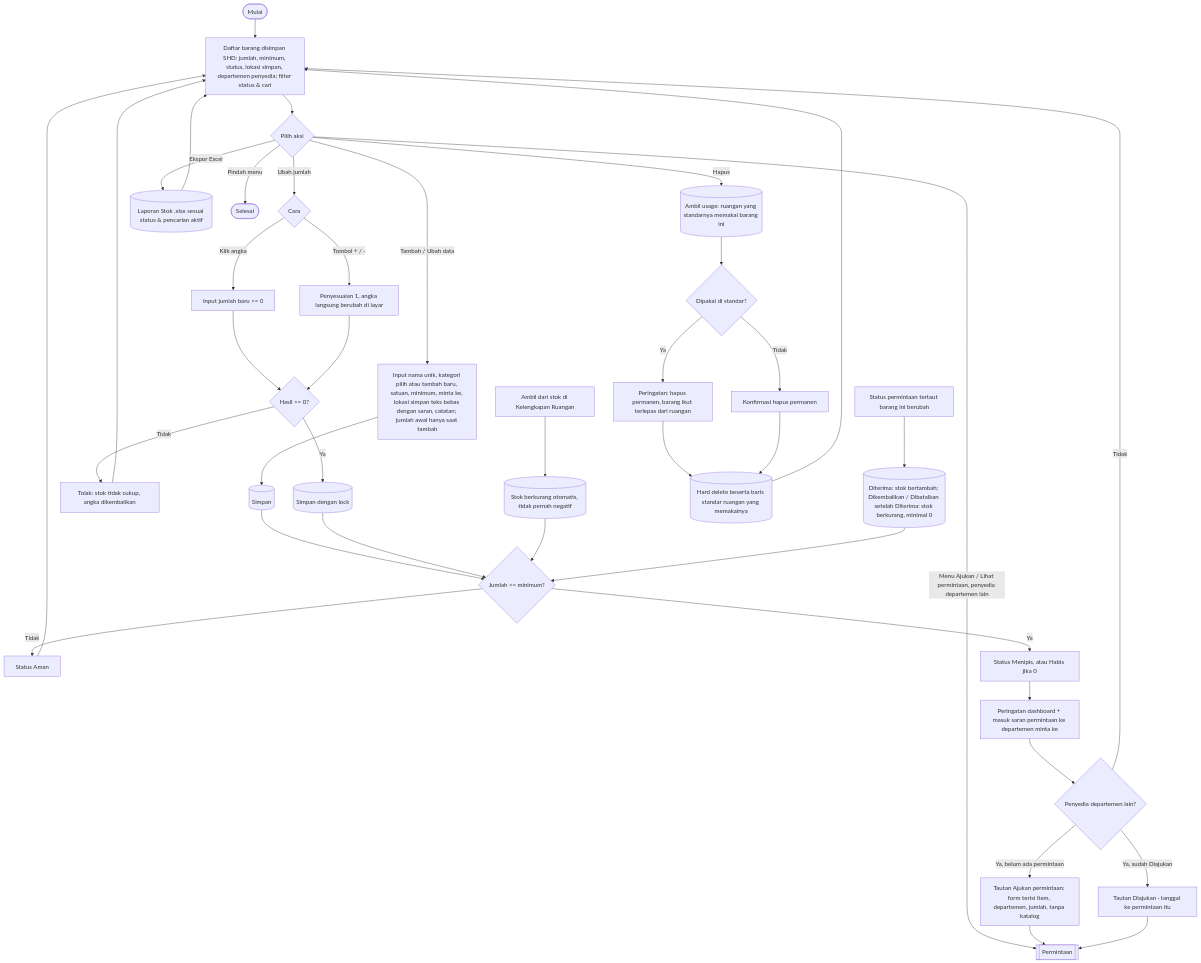
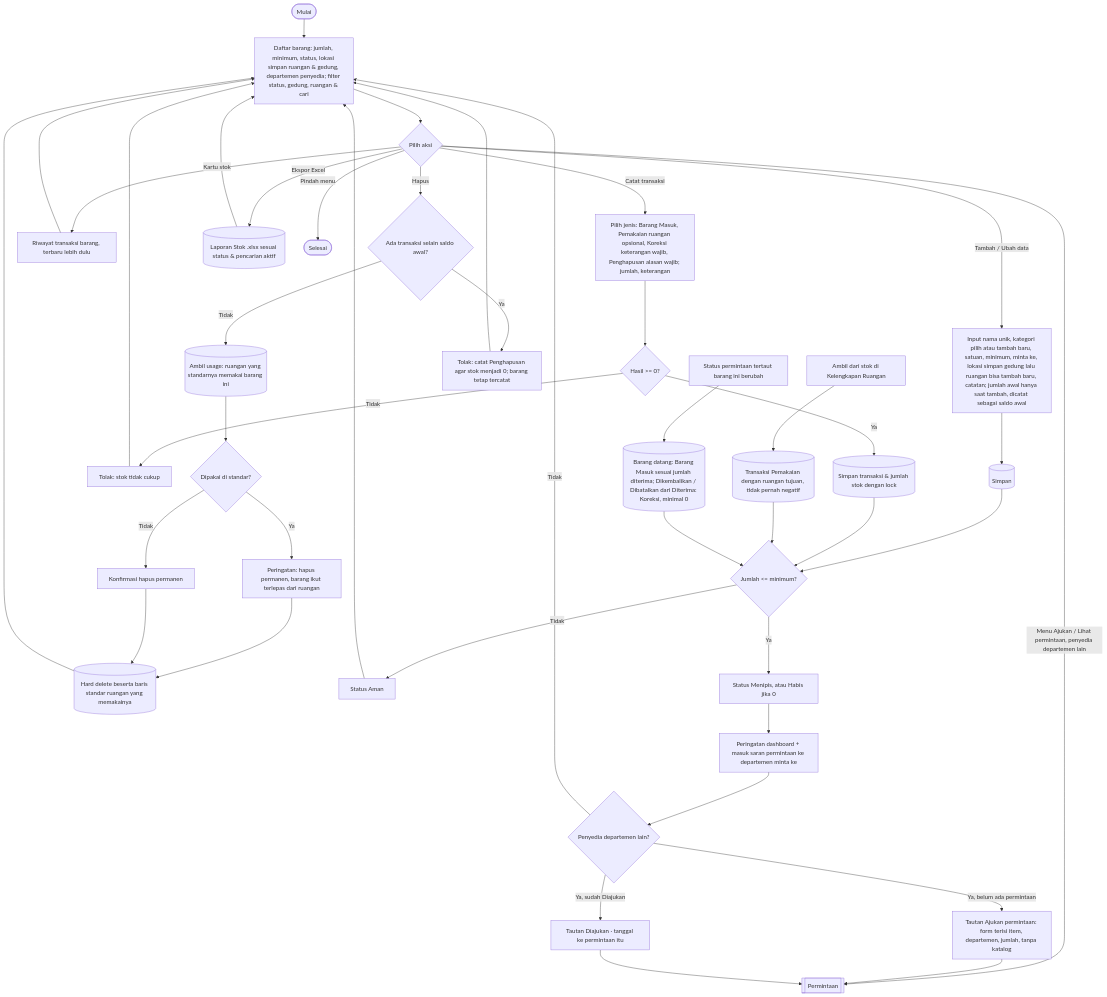
One commit to mrizqihidayat/system-tracking-asset changed the eighth of 9 diagrams in docs/flowchart.md. Above: the diagram before and after it, drawn with Mermaid. The commit also changed other lines of this file and 58 other files, not shown here.

First line of the commit message:
T26v: stok berbasis transaksi, kartu stok, diterima sebagian

````diff
--- a/docs/flowchart.md
+++ b/docs/flowchart.md
@@ -287,35 +290,37 @@
 ```mermaid
 flowchart TD
-    A([Mulai]) --> B[Daftar barang disimpan SHD: jumlah, minimum, status, lokasi simpan, departemen penyedia; filter status & cari]
+    A([Mulai]) --> B[Daftar barang: jumlah, minimum, status, lokasi simpan ruangan & gedung, departemen penyedia; filter status, gedung, ruangan & cari]
     B --> C{Pilih aksi}
 
-    C -- Tambah / Ubah data --> T1[Input nama unik, kategori pilih atau tambah baru, satuan, minimum, minta ke, lokasi simpan teks bebas dengan saran, catatan; jumlah awal hanya saat tambah] --> T2[(Simpan)] --> CEK
+    C -- Tambah / Ubah data --> T1[Input nama unik, kategori pilih atau tambah baru, satuan, minimum, minta ke, lokasi simpan gedung lalu ruangan bisa tambah baru, catatan; jumlah awal hanya saat tambah, dicatat sebagai saldo awal] --> T2[(Simpan)] --> CEK
 
-    C -- Ubah jumlah --> J0{Cara}
-    J0 -- Klik angka --> J1[Input jumlah baru >= 0]
-    J0 -- Tombol + / - --> J2[Penyesuaian 1, angka langsung berubah di layar]
-    J1 & J2 --> J3{Hasil >= 0?}
-    J3 -- Tidak --> J4[Tolak: stok tidak cukup, angka dikembalikan] --> B
-    J3 -- Ya --> J5[(Simpan dengan lock)] --> CEK
+    C -- Catat transaksi --> J0[Pilih jenis: Barang Masuk, Pemakaian ruangan opsional, Koreksi keterangan wajib, Penghapusan alasan wajib; jumlah, keterangan]
+    J0 --> J3{Hasil >= 0?}
+    J3 -- Tidak --> J4[Tolak: stok tidak cukup] --> B
+    J3 -- Ya --> J5[(Simpan transaksi & jumlah stok dengan lock)] --> CEK
 
-    R0[Ambil dari stok di Kelengkapan Ruangan] --> R1[(Stok berkurang otomatis, tidak pernah negatif)] --> CEK
-    R2[Status permintaan tertaut barang ini berubah] --> R3[(Diterima: stok bertambah; Dikembalikan / Dibatalkan setelah Diterima: stok berkurang, minimal 0)] --> CEK
+    C -- Kartu stok --> KS[Riwayat transaksi barang, terbaru lebih dulu] --> B
 
-    C -- Hapus --> H0[(Ambil usage: ruangan yang standarnya memakai barang ini)]
+    R0[Ambil dari stok di Kelengkapan Ruangan] --> R1[(Transaksi Pemakaian dengan ruangan tujuan, tidak pernah negatif)] --> CEK
+    R2[Status permintaan tertaut barang ini berubah] --> R3[(Barang datang: Barang Masuk sesuai jumlah diterima; Dikembalikan / Dibatalkan dari Diterima: Koreksi, minimal 0)] --> CEK
+
+    C -- Hapus --> H00{Ada transaksi selain saldo awal?}
+    H00 -- Ya --> H01[Tolak: catat Penghapusan agar stok menjadi 0; barang tetap tercatat] --> B
+    H00 -- Tidak --> H0[(Ambil usage: ruangan yang standarnya memakai barang ini)]
     H0 --> H1{Dipakai di standar?}
     H1 -- Ya --> H2[Peringatan: hapus permanen, barang ikut terlepas dari ruangan]
     H1 -- Tidak --> H3[Konfirmasi hapus permanen]
     H2 & H3 --> H4[(Hard delete beserta baris standar ruangan yang memakainya)] --> B
 
     C -- Menu Ajukan / Lihat permintaan, penyedia departemen lain --> S6a[[Permintaan]]
 
     C -- Ekspor Excel --> X1[(Laporan Stok .xlsx sesuai status & pencarian aktif)] --> B
     C -- Pindah menu --> Z([Selesai])
 
     CEK{Jumlah <= minimum?}
     CEK -- Tidak --> S1[Status Aman] --> B
     CEK -- Ya --> S2[Status Menipis, atau Habis jika 0] --> S3[Peringatan dashboard + masuk saran permintaan ke departemen minta ke] --> S4{Penyedia departemen lain?}
     S4 -- Tidak --> B
     S4 -- Ya, belum ada permintaan --> S5a[Tautan Ajukan permintaan: form terisi item, departemen, jumlah, tanpa katalog] --> S6a
     S4 -- Ya, sudah Diajukan --> S7a[Tautan Diajukan · tanggal ke permintaan itu] --> S6a
 ```
````
